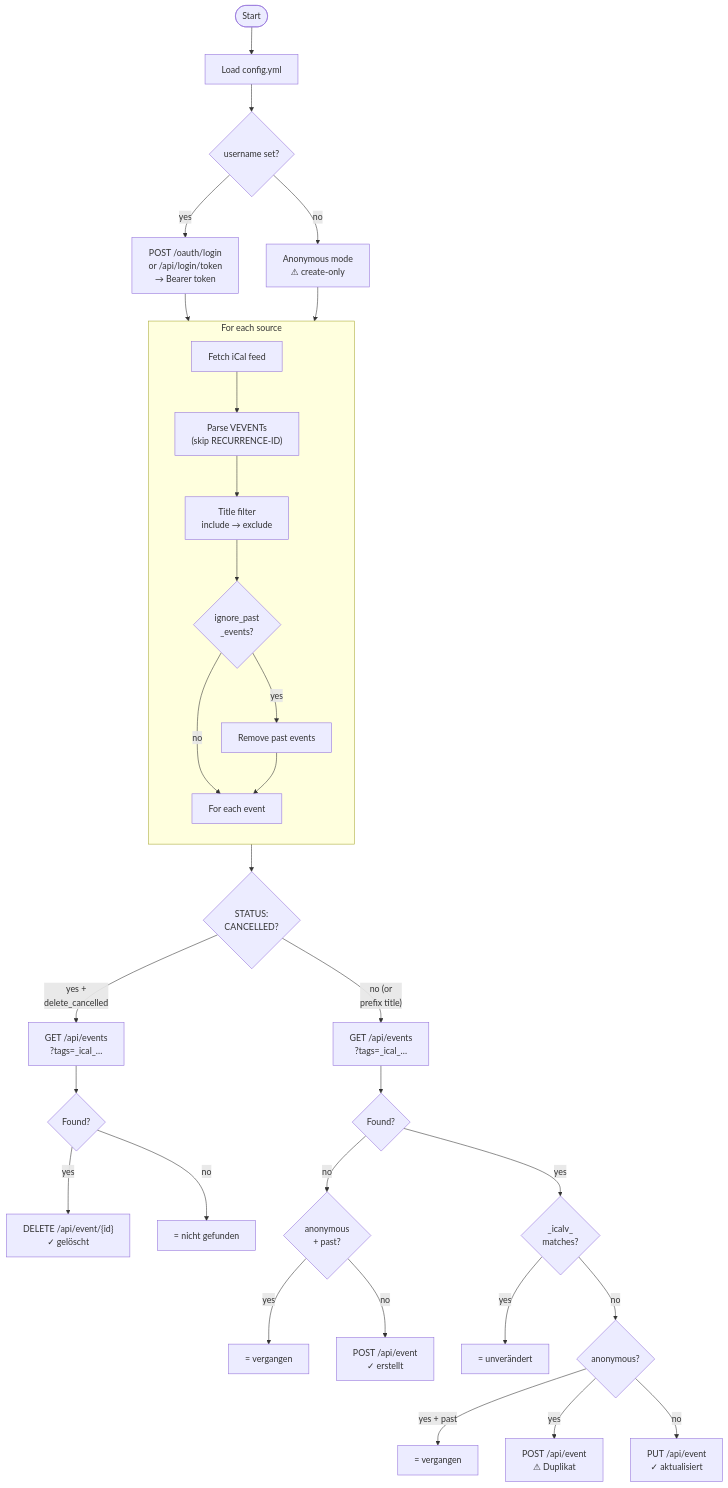
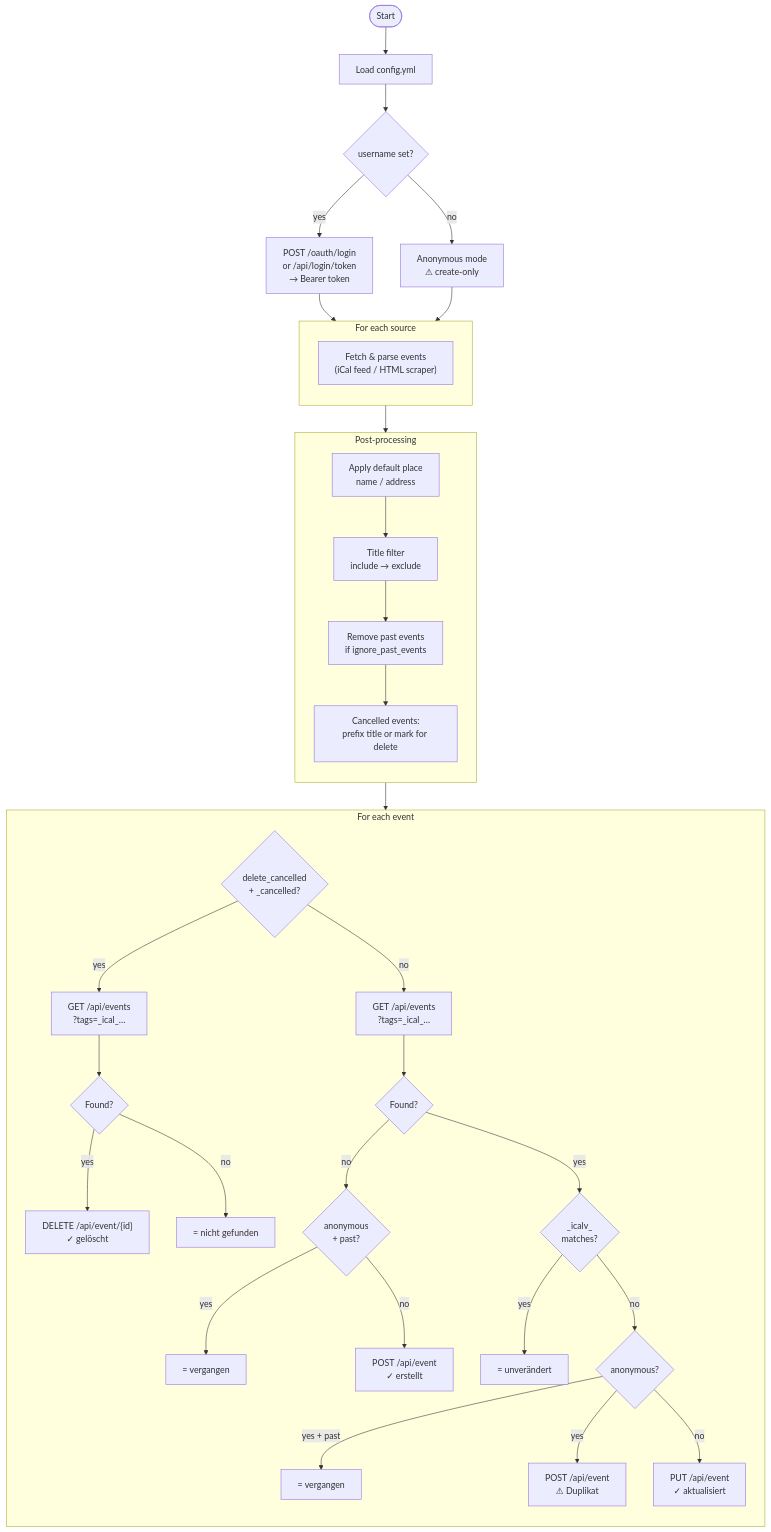
The diagram in docs/how-it-works.md (Leaced/cal2gancio), drawn with Mermaid before and after one commit. The commit also changed other lines of this file and 16 other files, not shown here.

````diff
--- a/docs/how-it-works.md
+++ b/docs/how-it-works.md
@@ -5,40 +5,50 @@
 ```mermaid
 flowchart TD
     Start([Start]) --> LoadCfg[Load config.yml]
     LoadCfg --> Auth{username set?}
     Auth -- yes --> Login["POST /oauth/login\nor /api/login/token\n→ Bearer token"]
     Auth -- no  --> Anon[Anonymous mode\n⚠ create-only]
     Login --> Sources
     Anon  --> Sources
 
     subgraph Sources[For each source]
         direction TB
-        Fetch[Fetch iCal feed] --> Parse["Parse VEVENTs\n(skip RECURRENCE-ID)"]
-        Parse --> TitleFilter["Title filter\ninclude → exclude"]
-        TitleFilter --> PastFilter{ignore_past\n_events?}
-        PastFilter -- yes --> RemovePast[Remove past events]
-        PastFilter -- no  --> Events
-        RemovePast --> Events[For each event]
+        Fetch["Fetch & parse events\n(iCal feed / HTML scraper)"]
     end
 
-    Sources --> Cancelled{STATUS:\nCANCELLED?}
+    Sources --> Post
 
-    Cancelled -- "yes +\ndelete_cancelled" --> Lookup1["GET /api/events\n?tags=_ical_…"]
-    Lookup1 --> Found1{Found?}
-    Found1 -- yes --> Del["DELETE /api/event/{id}\n✓ gelöscht"]
-    Found1 -- no  --> NotFound["= nicht gefunden"]
+    subgraph Post[Post-processing]
+        direction TB
+        PlaceDef[Apply default place\nname / address] -->
+        TitleFilter["Title filter\ninclude → exclude"] -->
+        PastFilter[Remove past events\nif ignore_past_events] -->
+        CancelledPost["Cancelled events:\nprefix title or mark for delete"]
+    end
 
-    Cancelled -- "no (or\nprefix title)" --> Lookup2["GET /api/events\n?tags=_ical_…"]
-    Lookup2 --> Found2{Found?}
+    Post --> Sync
 
-    Found2 -- no --> PastAnon{"anonymous\n+ past?"}
-    PastAnon -- yes --> SkipPast["= vergangen"]
-    PastAnon -- no  --> Create["POST /api/event\n✓ erstellt"]
+    subgraph Sync[For each event]
+        direction TB
+        Cancelled{delete_cancelled\n+ _cancelled?}
 
-    Found2 -- yes --> HashMatch{"_icalv_\nmatches?"}
-    HashMatch -- yes --> Skip["= unverändert"]
-    HashMatch -- no  --> IsAnon{anonymous?}
-    IsAnon -- "yes + past" --> SkipPast2["= vergangen"]
-    IsAnon -- yes       --> Dup["POST /api/event\n⚠ Duplikat"]
-    IsAnon -- no        --> Update["PUT /api/event\n✓ aktualisiert"]
+        Cancelled -- yes --> Lookup1["GET /api/events\n?tags=_ical_…"]
+        Lookup1 --> Found1{Found?}
+        Found1 -- yes --> Del["DELETE /api/event/{id}\n✓ gelöscht"]
+        Found1 -- no  --> NotFound["= nicht gefunden"]
+
+        Cancelled -- no --> Lookup2["GET /api/events\n?tags=_ical_…"]
+        Lookup2 --> Found2{Found?}
+
+        Found2 -- no --> PastAnon{"anonymous\n+ past?"}
+        PastAnon -- yes --> SkipPast["= vergangen"]
+        PastAnon -- no  --> Create["POST /api/event\n✓ erstellt"]
+
+        Found2 -- yes --> HashMatch{"_icalv_\nmatches?"}
+        HashMatch -- yes --> Skip["= unverändert"]
+        HashMatch -- no  --> IsAnon{anonymous?}
+        IsAnon -- "yes + past" --> SkipPast2["= vergangen"]
+        IsAnon -- yes       --> Dup["POST /api/event\n⚠ Duplikat"]
+        IsAnon -- no        --> Update["PUT /api/event\n✓ aktualisiert"]
+    end
 ```
````
